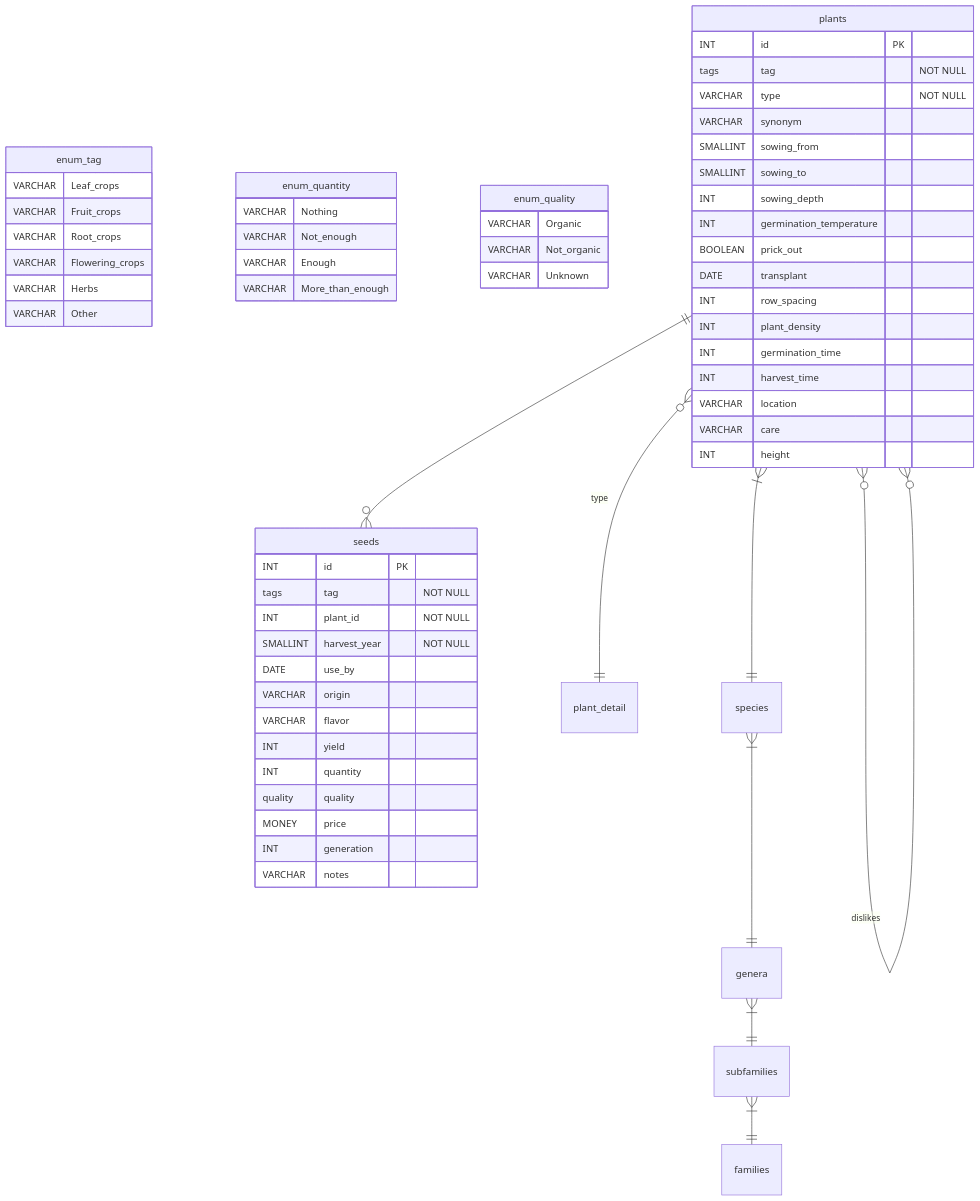
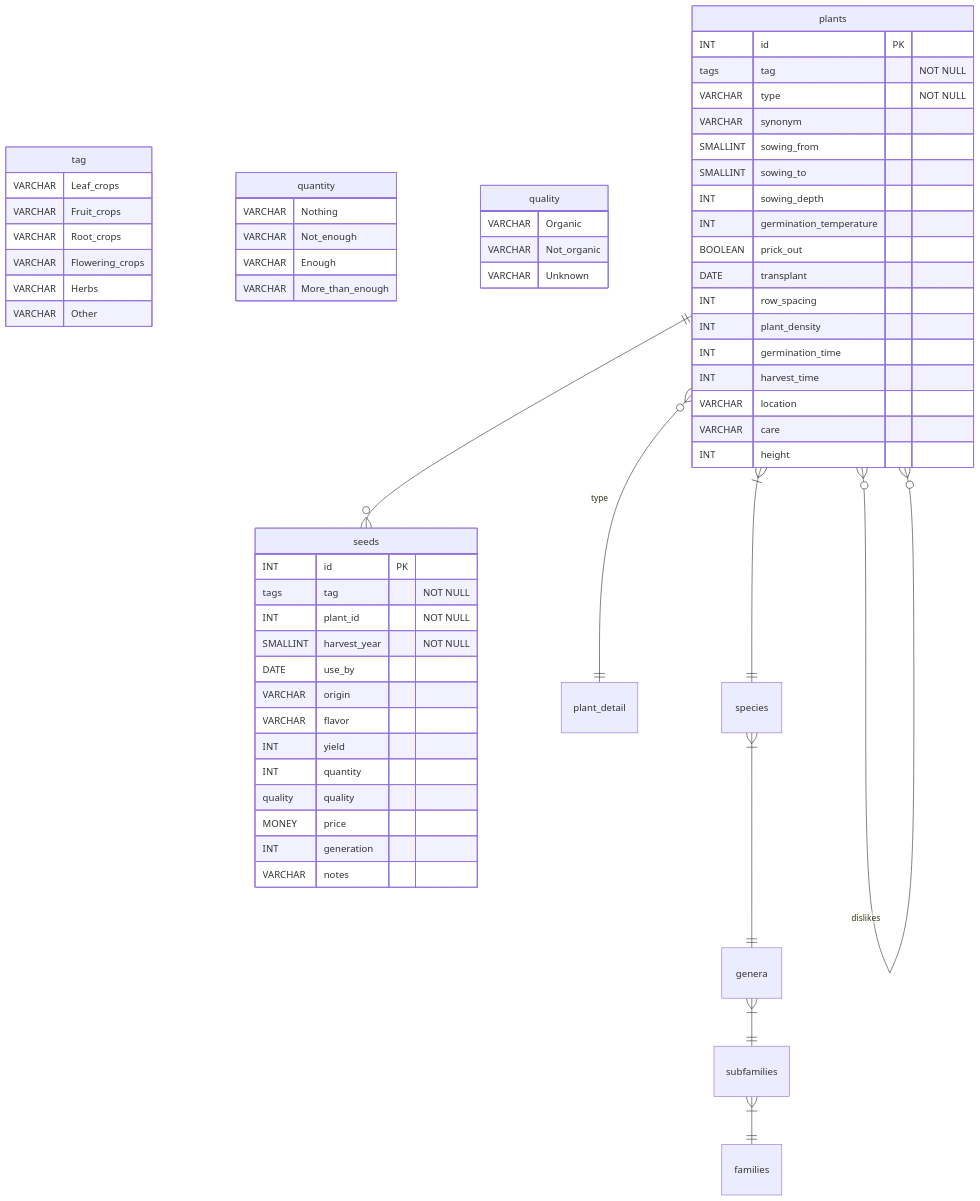
Before and after one commit to ElektraInitiative/PermaplanT: the diagram in doc/database/database_schemata.md, drawn with Mermaid. The commit also changed 1 other file, not shown here.

Commit message:
docs: Removed enum prefixes

````diff
--- a/doc/database/database_schemata.md
+++ b/doc/database/database_schemata.md
@@ -9,83 +9,83 @@
 ```mermaid
 erDiagram
 
-enum_tag {
+tag {
   VARCHAR Leaf_crops
   VARCHAR Fruit_crops
   VARCHAR Root_crops
   VARCHAR Flowering_crops
   VARCHAR Herbs
   VARCHAR Other
 }
 
-enum_quantity {
+quantity {
   VARCHAR Nothing
   VARCHAR Not_enough
   VARCHAR Enough
   VARCHAR More_than_enough
 }
 
-enum_quality {
+quality {
   VARCHAR Organic
   VARCHAR Not_organic
   VARCHAR Unknown
 }
 
 seeds {
   INT id PK
   tags tag "NOT NULL"
   INT plant_id "NOT NULL"
   SMALLINT harvest_year "NOT NULL"
   DATE use_by
   VARCHAR origin
   VARCHAR flavor
   INT yield
   INT quantity
   quality quality
   MONEY price
   INT generation
   VARCHAR notes
 }
 
 plants {
   INT id PK
   tags tag "NOT NULL"
   VARCHAR type "NOT NULL"
   VARCHAR synonym
   SMALLINT sowing_from
   SMALLINT sowing_to
   INT sowing_depth
   INT germination_temperature
   BOOLEAN prick_out
   DATE transplant
   INT row_spacing
   INT plant_density
   INT germination_time
   INT harvest_time
   VARCHAR location
   VARCHAR care
   INT height
 }
 
 plants }o--|| plant_detail: "type"
 
 plants ||--o{ seeds : ""
 
 plants }o--o{ plants: "likes"
 
 plants }o--o{ plants: "dislikes"
 
 species{}
 genera{}
 subfamilies{}
 families{}
 
 plants }|--|| species : ""
 species }|--|| genera : ""
 genera }|--|| subfamilies : ""
 subfamilies }|--|| families : ""
 
 
 
 
 ```
````
